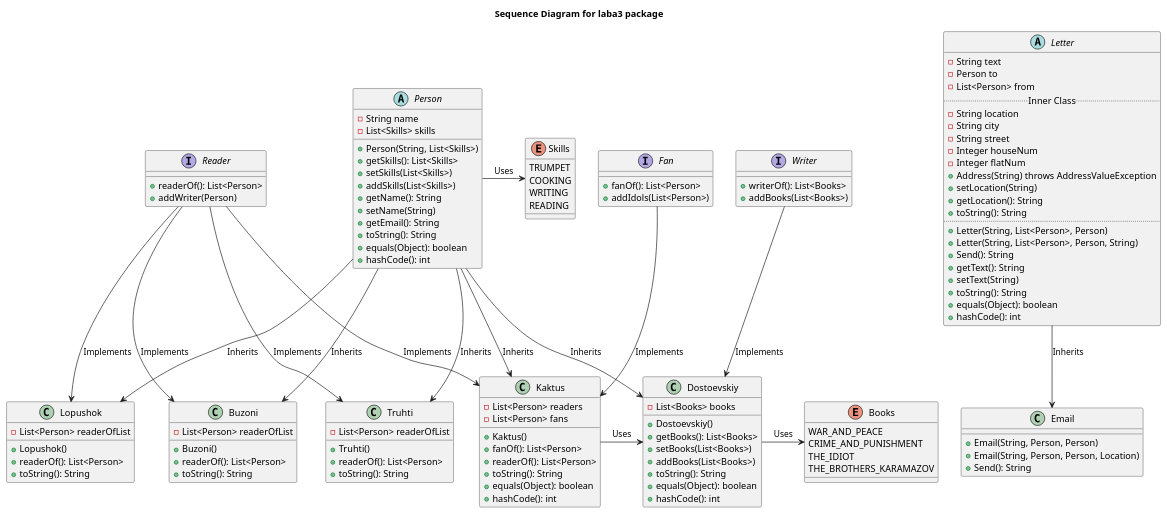
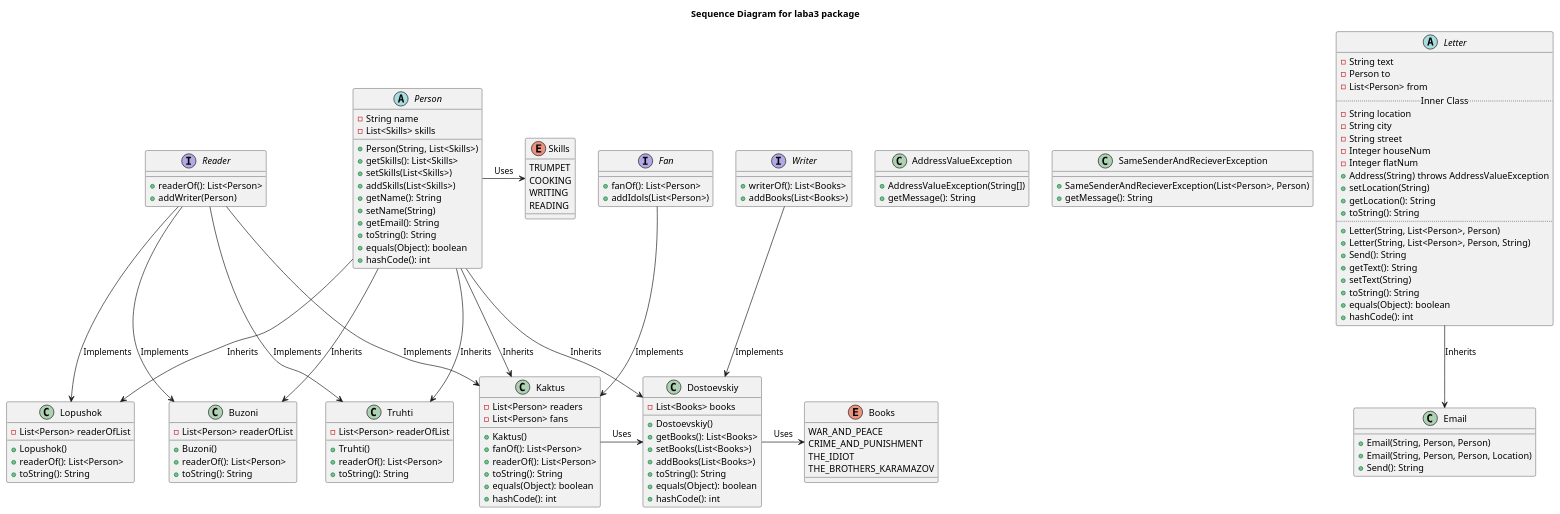
The diagram in laba3/diagram.wsd (Deformater/itmo_java_lab_4), drawn with PlantUML before and after one commit. The commit also changed 5 other files, not shown here.

```diff
--- a/laba3/diagram.wsd
+++ b/laba3/diagram.wsd
@@ -1,140 +1,151 @@
 @startuml name
 title Sequence Diagram for laba3 package
 skinparam componentStyle uml2
 
 enum Books {
     WAR_AND_PEACE
     CRIME_AND_PUNISHMENT
     THE_IDIOT
     THE_BROTHERS_KARAMAZOV
 }
 
 enum Skills {
     TRUMPET
     COOKING
     WRITING
     READING
 }
 
 abstract class Person {
     -String name
     -List<Skills> skills
     +Person(String, List<Skills>)
     +getSkills(): List<Skills>
     +setSkills(List<Skills>)
     +addSkills(List<Skills>)
     +getName(): String
     +setName(String)
     +getEmail(): String
     +toString(): String
     +equals(Object): boolean
     +hashCode(): int
 }
 
 class Dostoevskiy {
     -List<Books> books
     +Dostoevskiy()
     +getBooks(): List<Books>
     +setBooks(List<Books>)
     +addBooks(List<Books>)
     +toString(): String
     +equals(Object): boolean
     +hashCode(): int
 }
 
 class Kaktus {
     -List<Person> readers
     -List<Person> fans
     +Kaktus()
     +fanOf(): List<Person>
     +readerOf(): List<Person>
     +toString(): String
     +equals(Object): boolean
     +hashCode(): int
 }
 
 class Lopushok {
     -List<Person> readerOfList
     +Lopushok()
     +readerOf(): List<Person>
     +toString(): String
 }
 
 class Truhti {
     -List<Person> readerOfList
     +Truhti()
     +readerOf(): List<Person>
     +toString(): String
 }
 
 class Buzoni {
     -List<Person> readerOfList
     +Buzoni()
     +readerOf(): List<Person>
     +toString(): String
 }
 
+class AddressValueException {
+    +AddressValueException(String[])
+    +getMessage(): String
+}
+
+class SameSenderAndRecieverException {
+    +SameSenderAndRecieverException(List<Person>, Person)
+    +getMessage(): String
+
+}
+
 abstract class Letter {
     -String text
     -Person to
     -List<Person> from
     .. Inner Class ..
     - String location
     - String city
     - String street
     - Integer houseNum
     - Integer flatNum
     +Address(String) throws AddressValueException
     +setLocation(String)
     +getLocation(): String
     +toString(): String
     ....
     +Letter(String, List<Person>, Person)
     +Letter(String, List<Person>, Person, String)
     +Send(): String
     +getText(): String
     +setText(String)
     +toString(): String
     +equals(Object): boolean
     +hashCode(): int
 }
 
 class Email {
     +Email(String, Person, Person)
     +Email(String, Person, Person, Location)
     +Send(): String
 }
 
 interface Reader {
     +readerOf(): List<Person>
     +addWriter(Person)
 }
 
 interface Writer {
     +writerOf(): List<Books>
     +addBooks(List<Books>)
 }
 
 interface Fan {
     +fanOf(): List<Person>
     +addIdols(List<Person>)
 }
 
 Letter-->Email: Inherits
 Person->Skills: Uses
 Person --> Dostoevskiy: Inherits
 Person-->Kaktus: Inherits
 Person-->Truhti: Inherits
 Person-->Lopushok: Inherits
 Person-->Buzoni: Inherits
 
 
 Dostoevskiy->Books: Uses
 Writer --> Dostoevskiy: Implements
 Reader --> Truhti: Implements
 Reader --> Lopushok: Implements
 Reader --> Buzoni: Implements
 Kaktus->Dostoevskiy: Uses
 Fan --> Kaktus:Implements
 Reader --> Kaktus: Implements
 @enduml
```
